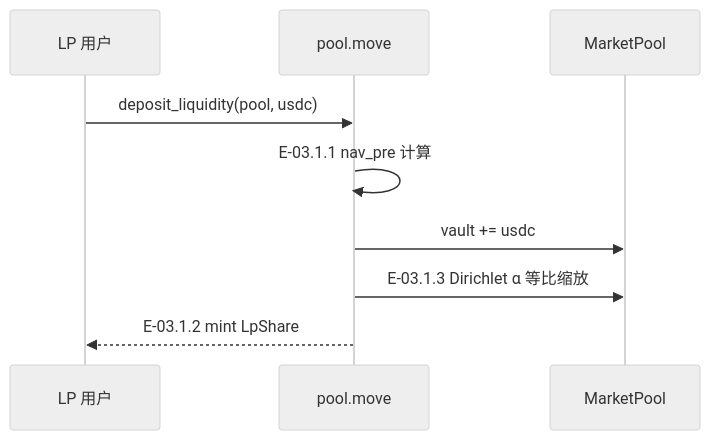
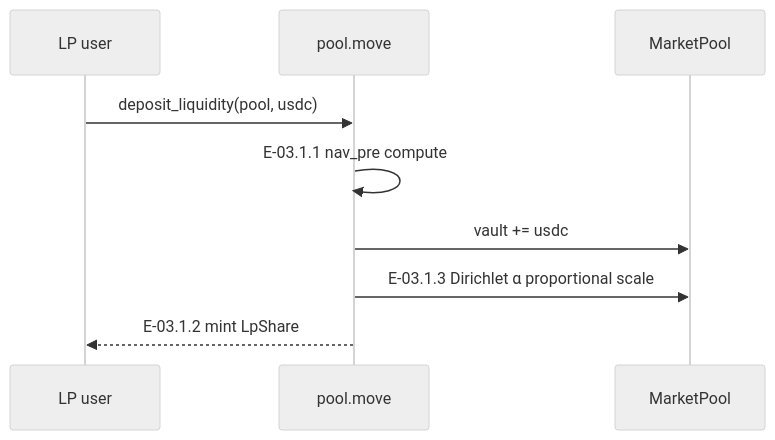
One commit to bamaao/x-market changed the sixth of 8 diagrams in docs/business-spec.md. Above: the diagram before and after it, drawn with Mermaid (neutral theme). The commit also changed other lines of this file and 93 other files, not shown here.

````diff
--- a/docs/business-spec.md
+++ b/docs/business-spec.md
@@ -804,12 +806,12 @@
 ```mermaid
 sequenceDiagram
-    participant LP as LP 用户
+    participant LP as LP user
     participant Chain as pool.move
     participant Pool as MarketPool
 
     LP->>Chain: deposit_liquidity(pool, usdc)
-    Chain->>Chain: E-03.1.1 nav_pre 计算
+    Chain->>Chain: E-03.1.1 nav_pre compute
     Chain->>Pool: vault += usdc
-    Chain->>Pool: E-03.1.3 Dirichlet α 等比缩放
+    Chain->>Pool: E-03.1.3 Dirichlet α proportional scale
     Chain-->>LP: E-03.1.2 mint LpShare
 ```
````
